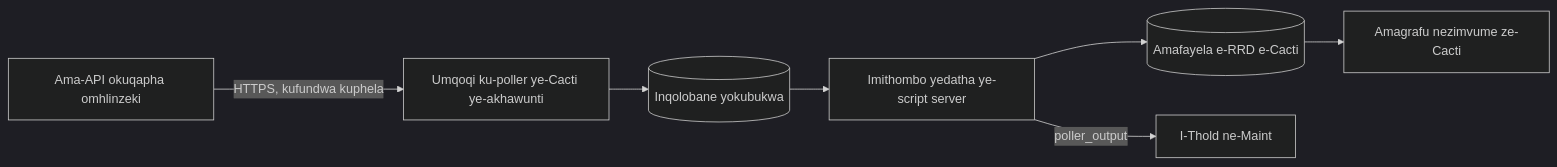
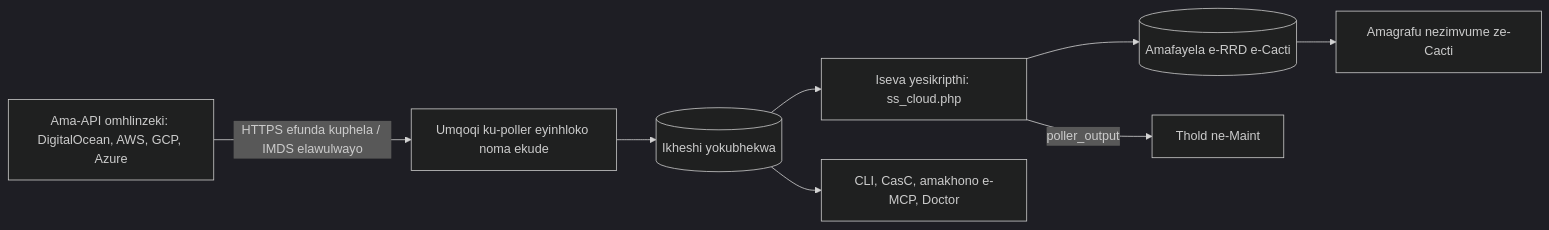
Before and after one commit to somethingwithproof/plugin_cloud: the diagram in docs/i18n/zu-ZA/README.md, drawn with Mermaid (dark theme). The commit also changed other lines of this file and 48 other files, not shown here.

First line of the commit message:
docs(readme): document AWS, GCP, Azure drivers, remote collectors, and ecosystem hooks

````diff
--- a/docs/i18n/zu-ZA/README.md
+++ b/docs/i18n/zu-ZA/README.md
@@ -110,9 +148,10 @@
 ```mermaid
 flowchart LR
-    API[Ama-API okuqapha omhlinzeki] -->|HTTPS, kufundwa kuphela| C[Umqoqi ku-poller ye-Cacti ye-akhawunti]
-    C --> O[(Inqolobane yokubukwa)]
-    O --> SS[Imithombo yedatha ye-script server]
+    API[Ama-API omhlinzeki: DigitalOcean, AWS, GCP, Azure] -->|HTTPS efunda kuphela / IMDS elawulwayo| C[Umqoqi ku-poller eyinhloko noma ekude]
+    C --> O[(Ikheshi yokubhekwa)]
+    O --> SS[Iseva yesikripthi: ss_cloud.php]
     SS --> RRD[(Amafayela e-RRD e-Cacti)]
-    SS -->|poller_output| T[I-Thold ne-Maint]
+    SS -->|poller_output| T[Thold ne-Maint]
     RRD --> G[Amagrafu nezimvume ze-Cacti]
+    O --> ECO[CLI, CasC, amakhono e-MCP, Doctor]
 ```
````
